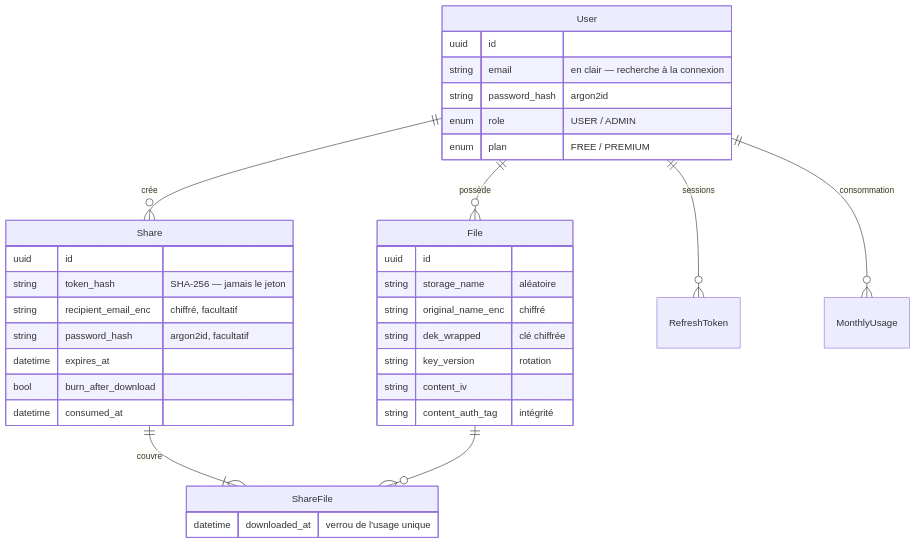
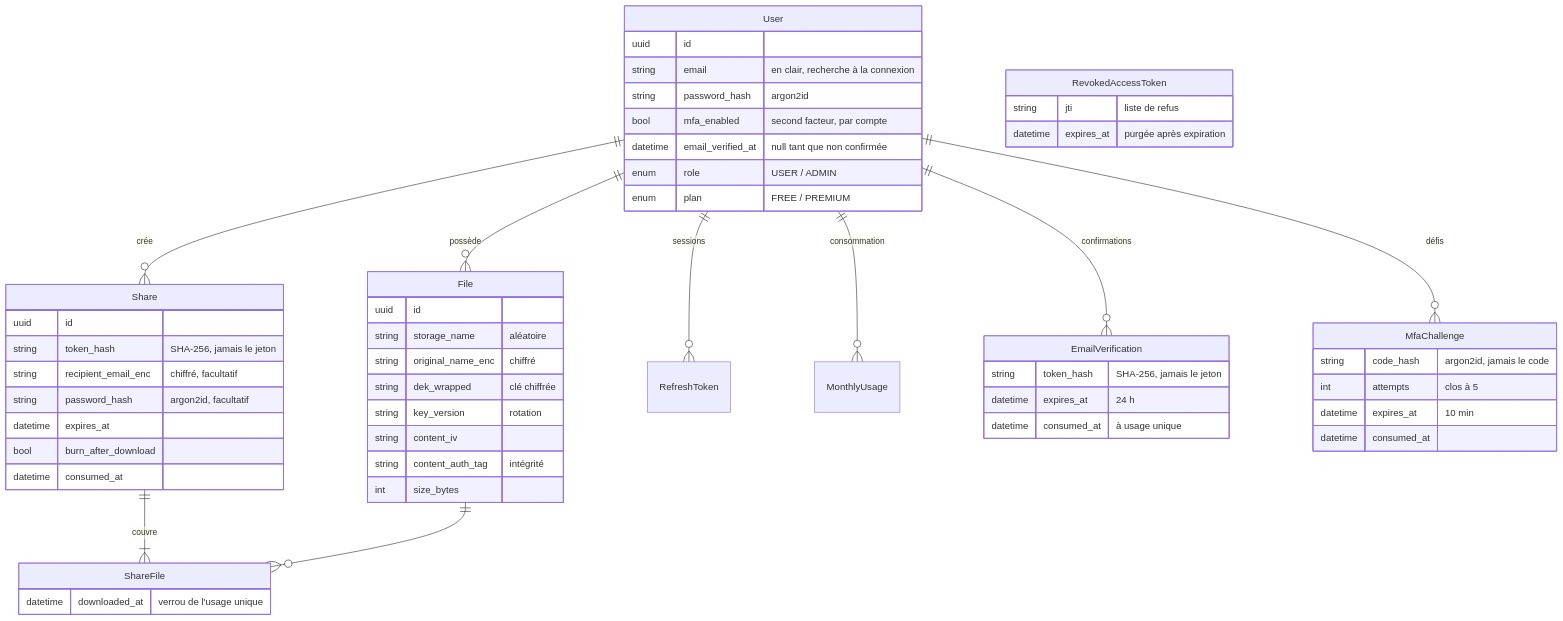
One commit to niniz13/filemoica changed the seventh of 8 diagrams in docs/architecture-backend.md. Above: the diagram before and after it, drawn with Mermaid. The commit also changed other lines of this file and 7 other files, not shown here.

````diff
--- a/docs/architecture-backend.md
+++ b/docs/architecture-backend.md
@@ -162,38 +202,58 @@
 ```mermaid
 erDiagram
     User ||--o{ File : "possède"
     User ||--o{ Share : "crée"
     User ||--o{ RefreshToken : "sessions"
     User ||--o{ MonthlyUsage : "consommation"
+    User ||--o{ EmailVerification : "confirmations"
+    User ||--o{ MfaChallenge : "défis"
     Share ||--|{ ShareFile : "couvre"
     File ||--o{ ShareFile : ""
 
     User {
         uuid id
-        string email "en clair — recherche à la connexion"
+        string email "en clair, recherche à la connexion"
         string password_hash "argon2id"
+        bool mfa_enabled "second facteur, par compte"
+        datetime email_verified_at "null tant que non confirmée"
         enum role "USER / ADMIN"
         enum plan "FREE / PREMIUM"
     }
     File {
         uuid id
         string storage_name "aléatoire"
         string original_name_enc "chiffré"
         string dek_wrapped "clé chiffrée"
         string key_version "rotation"
         string content_iv
         string content_auth_tag "intégrité"
+        int size_bytes
+    }
+    EmailVerification {
+        string token_hash "SHA-256, jamais le jeton"
+        datetime expires_at "24 h"
+        datetime consumed_at "à usage unique"
+    }
+    MfaChallenge {
+        string code_hash "argon2id, jamais le code"
+        int attempts "clos à 5"
+        datetime expires_at "10 min"
+        datetime consumed_at
+    }
+    RevokedAccessToken {
+        string jti "liste de refus"
+        datetime expires_at "purgée après expiration"
     }
     Share {
         uuid id
-        string token_hash "SHA-256 — jamais le jeton"
+        string token_hash "SHA-256, jamais le jeton"
         string recipient_email_enc "chiffré, facultatif"
         string password_hash "argon2id, facultatif"
         datetime expires_at
         bool burn_after_download
         datetime consumed_at
     }
     ShareFile {
         datetime downloaded_at "verrou de l'usage unique"
     }
 ```
````
